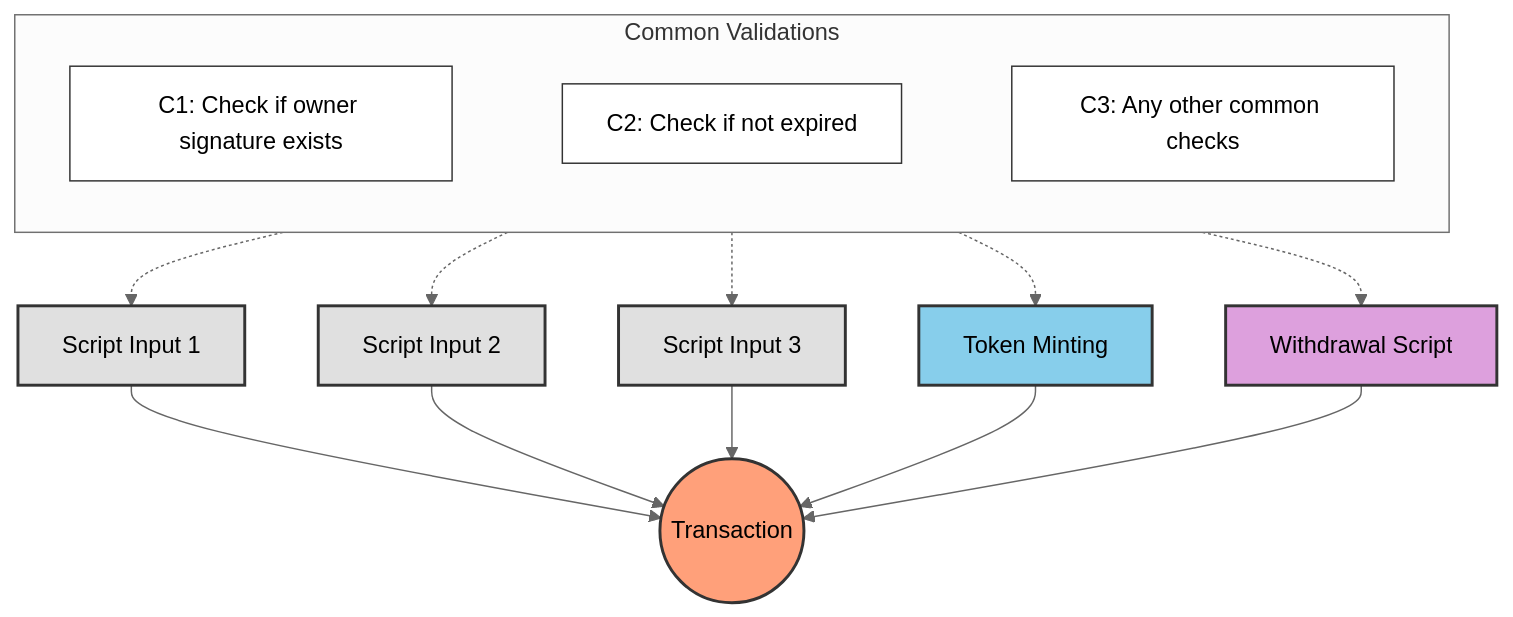
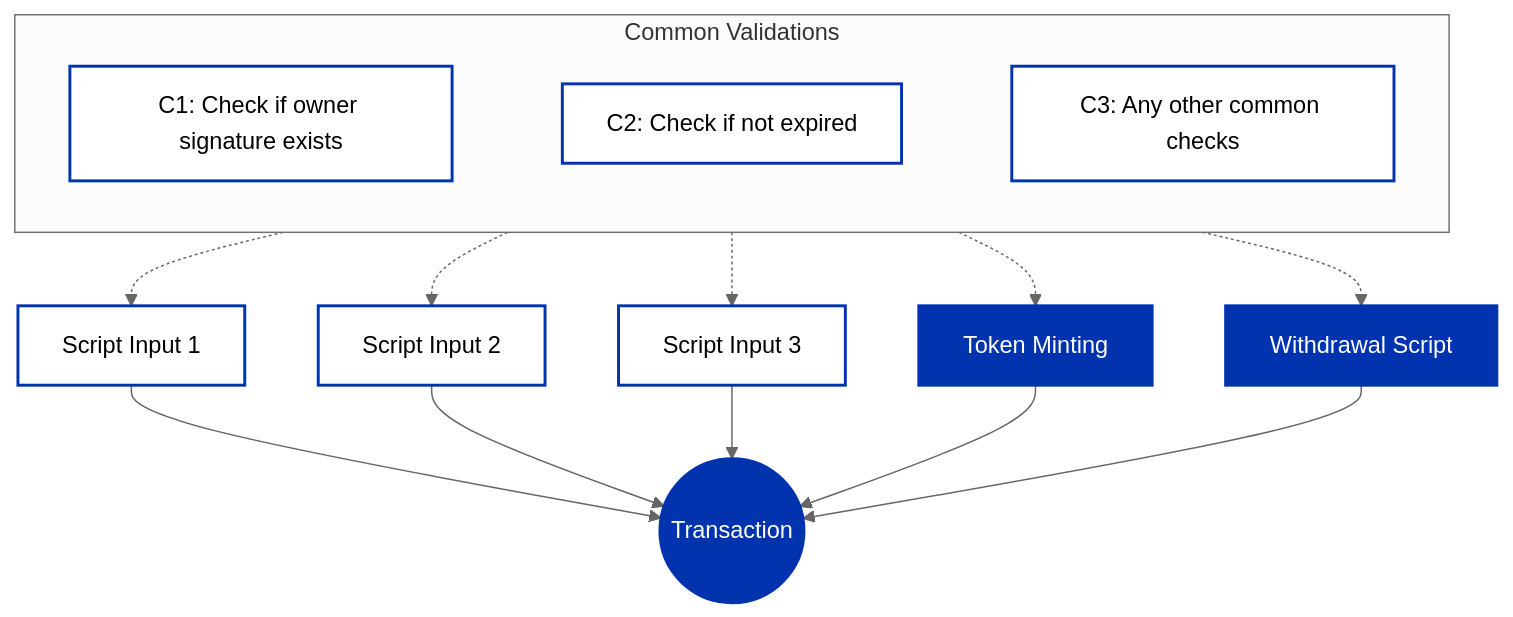
Before and after one commit to cardano-foundation/developer-portal: the first of 2 diagrams in docs/smart-contracts/lessons/05-avoid-redundant-validation.md, drawn with Mermaid (neutral theme). The commit also changed other lines of this file and 14 other files, not shown here.

Commit message:
cardano unified color scheme for mermaid diagrams

````diff
--- a/docs/smart-contracts/lessons/05-avoid-redundant-validation.md
+++ b/docs/smart-contracts/lessons/05-avoid-redundant-validation.md
@@ -14,47 +14,47 @@
 ```mermaid
 graph TB
     %% Layout subgraph for labels at top with horizontal alignment
     subgraph Checks[" Common Validations "]
         direction LR
         C1["C1: Check if owner signature exists"] ~~~ C2["C2: Check if not expired"] ~~~ C3["C3: Any other common checks"]
     end
     
     %% Remove the connecting lines between checks
     linkStyle 0 stroke-width:0px
     linkStyle 1 stroke-width:0px
     
     %% Connect checks to components with dotted lines
     Checks -.-> A1
     Checks -.-> A2
     Checks -.-> A3
     Checks -.-> M
     Checks -.-> W
 
     %% Inputs on left
     A1[Script Input 1] --> TX
     A2[Script Input 2] --> TX
     A3[Script Input 3] --> TX
     
     %% Center transaction
     TX((Transaction))
     
     %% Mint on top
     M[Token Minting] --> TX
     
     %% Withdraw at bottom
     W[Withdrawal Script] --> TX
     
     %% Clear styling with bright colors and black text
-    style TX fill:#FFA07A,stroke:#333,stroke-width:2px,color:#000
-    style M fill:#87CEEB,stroke:#333,stroke-width:2px,color:#000
-    style W fill:#DDA0DD,stroke:#333,stroke-width:2px,color:#000
-    style A1 fill:#E0E0E0,stroke:#333,stroke-width:2px,color:#000
-    style A2 fill:#E0E0E0,stroke:#333,stroke-width:2px,color:#000
-    style A3 fill:#E0E0E0,stroke:#333,stroke-width:2px,color:#000
-    style C1 fill:#FFFFFF,stroke:#333,stroke-width:1px,color:#000
-    style C2 fill:#FFFFFF,stroke:#333,stroke-width:1px,color:#000
-    style C3 fill:#FFFFFF,stroke:#333,stroke-width:1px,color:#000
+    style TX fill:#0033AD,stroke:#0033AD,stroke-width:2px,color:#FFFFFF
+    style M fill:#0033AD,stroke:#0033AD,stroke-width:2px,color:#FFFFFF
+    style W fill:#0033AD,stroke:#0033AD,stroke-width:2px,color:#FFFFFF
+    style A1 fill:#FFFFFF,stroke:#0033AD,stroke-width:2px,color:#000000
+    style A2 fill:#FFFFFF,stroke:#0033AD,stroke-width:2px,color:#000000
+    style A3 fill:#FFFFFF,stroke:#0033AD,stroke-width:2px,color:#000000
+    style C1 fill:#FFFFFF,stroke:#0033AD,stroke-width:2px,color:#000000
+    style C2 fill:#FFFFFF,stroke:#0033AD,stroke-width:2px,color:#000000
+    style C3 fill:#FFFFFF,stroke:#0033AD,stroke-width:2px,color:#000000
     
     %% Positioning
     classDef default text-align:center
 ```
````
